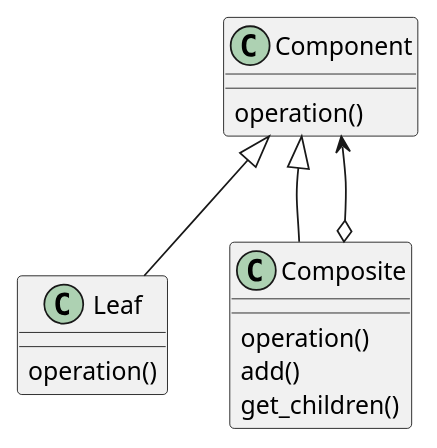
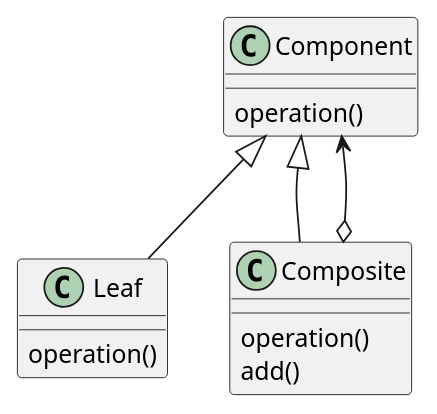
Before and after one commit to sirejik/software-design-patterns: the diagram in structural_patterns/composite/composite.puml, drawn with PlantUML. The commit also changed 5 other files, not shown here.

```diff
--- a/structural_patterns/composite/composite.puml
+++ b/structural_patterns/composite/composite.puml
@@ -1,18 +1,17 @@
 @startuml
 
 class Component {
     operation()
 }
 class Leaf {
     operation()
 }
 class Composite {
     operation()
     add()
-    get_children()
 }
 Component <|-- Leaf
 Component <|-- Composite
 Composite o--> Component
 
 @enduml
```
